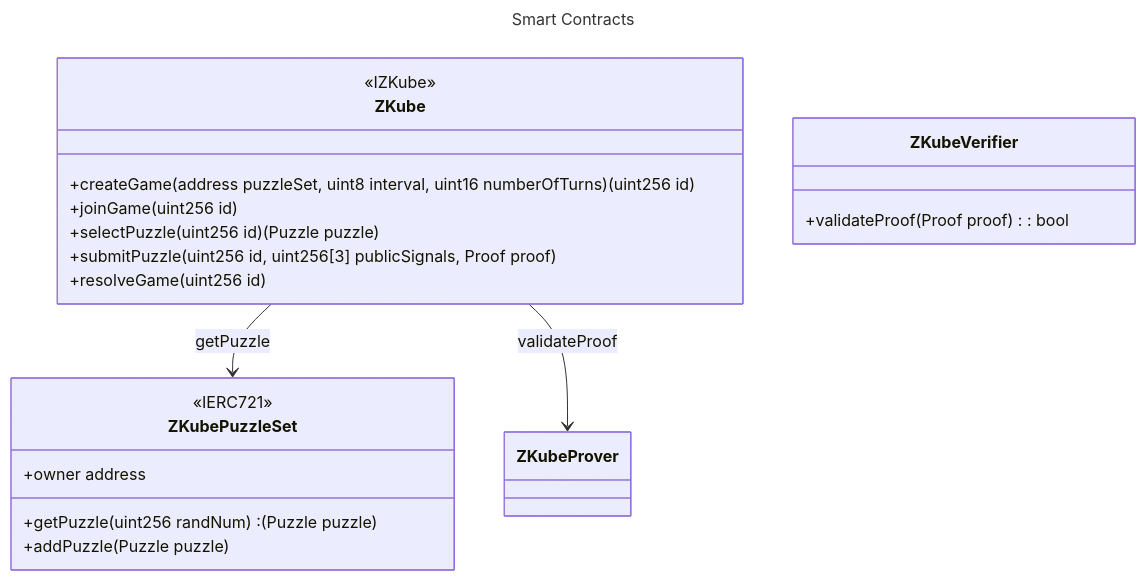
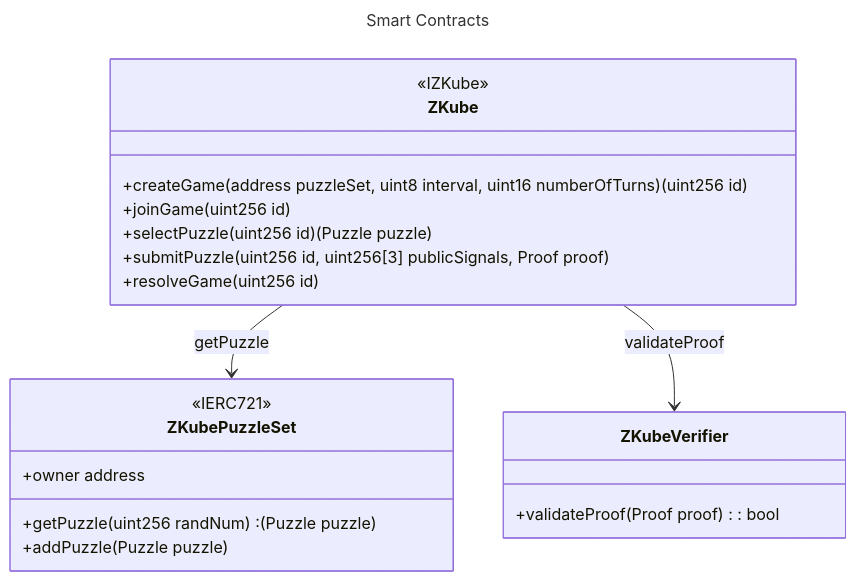
Before and after one commit to mycenaean-n/zkomposer: the diagram in README.md, drawn with Mermaid. The commit also changed other lines of this file, not shown here.

````diff
--- a/README.md
+++ b/README.md
@@ -19,31 +19,31 @@
 ```mermaid
 ---
 title: Smart Contracts
 ---
 classDiagram
 class ZKube{
     <<IZKube>>
     +createGame(address puzzleSet, uint8 interval, uint16 numberOfTurns) (uint256 id)
     +joinGame(uint256 id)
     +selectPuzzle(uint256 id) (Puzzle puzzle)
     +submitPuzzle(uint256 id, uint256[3] publicSignals, Proof proof)
     +resolveGame(uint256 id)
 }
 
 class ZKubePuzzleSet {
         <<IERC721>>
         +owner address
         +getPuzzle(uint256 randNum) : (Puzzle puzzle)
         +addPuzzle(Puzzle puzzle)
 }
 
 ZKube --> ZKubePuzzleSet: getPuzzle
 
 class ZKubeVerifier {
     +validateProof (Proof proof) : bool
 }
 
-ZKube --> ZKubeProver: validateProof
+ZKube --> ZKubeVerifier: validateProof
 
 
 ```
````
